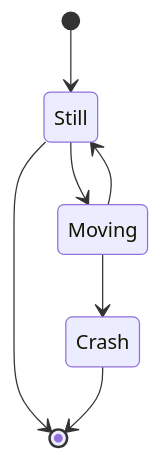
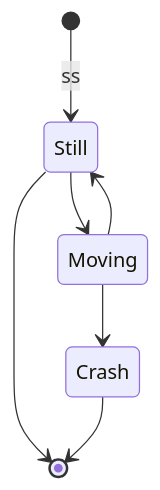
One commit to aw2279140042/eclipse- changed the second of 7 diagrams in typora画图.md. Above: the diagram before and after it, drawn with Mermaid. The commit also changed 4 other files, not shown here.

````diff
--- a/typora画图.md
+++ b/typora画图.md
@@ -12,11 +12,11 @@
 ```mermaid
 %%状态图
 stateDiagram
-	[*] -->Still
+	[*] -->Still: ss
 	Still -->[*]
 	
 	Still --> Moving
 	Moving --> Still
 	Moving --> Crash
 	Crash --> [*]
 ```
````
